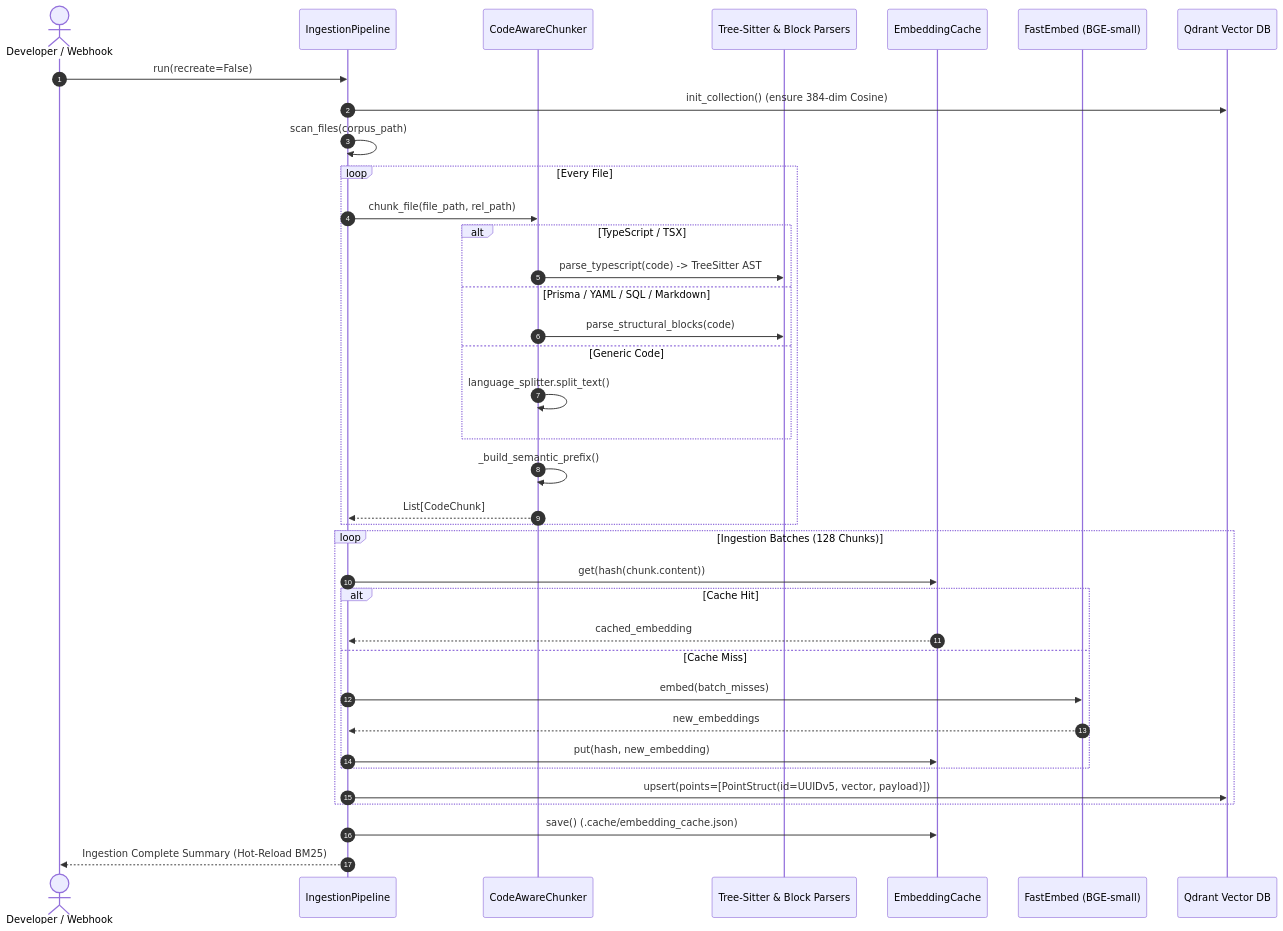
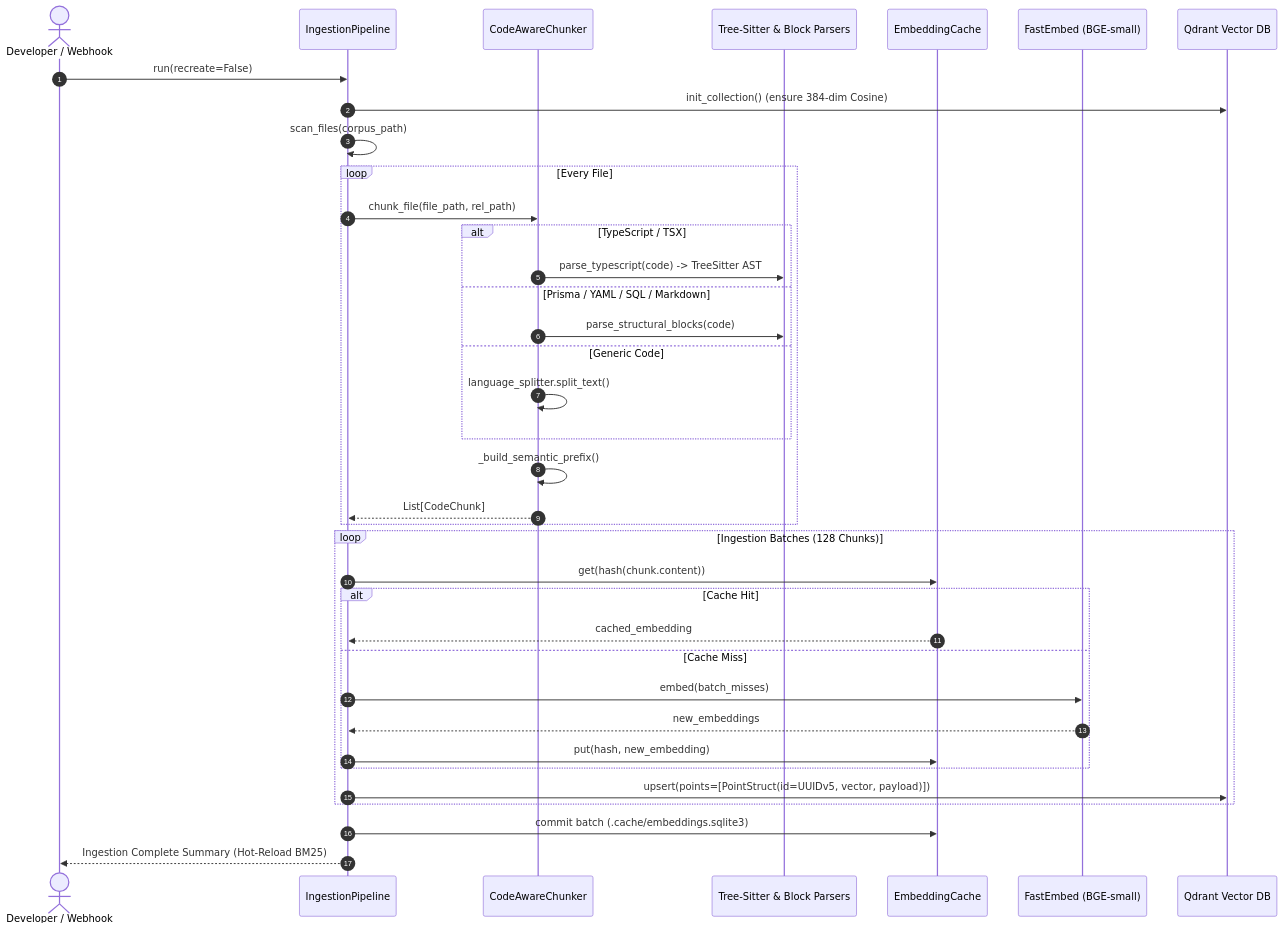
The fourth of 6 diagrams in docs/developer-guide/02-architecture-design-and-patterns.md (krotrn/campus-connect-ai), drawn with Mermaid before and after one commit. The commit also changed other lines of this file and 5 other files, not shown here.

````diff
--- a/docs/developer-guide/02-architecture-design-and-patterns.md
+++ b/docs/developer-guide/02-architecture-design-and-patterns.md
@@ -384,40 +404,40 @@
 ```mermaid
 sequenceDiagram
     autonumber
     actor Dev as Developer / Webhook
     participant Pipe as IngestionPipeline
     participant Chunker as CodeAwareChunker
     participant AST as Tree-Sitter & Block Parsers
     participant Cache as EmbeddingCache
     participant Model as FastEmbed (BGE-small)
     participant Qdrant as Qdrant Vector DB
 
     Dev->>Pipe: run(recreate=False)
     Pipe->>Qdrant: init_collection() (ensure 384-dim Cosine)
     Pipe->>Pipe: scan_files(corpus_path)
     loop Every File
         Pipe->>Chunker: chunk_file(file_path, rel_path)
         alt TypeScript / TSX
             Chunker->>AST: parse_typescript(code) -> TreeSitter AST
         else Prisma / YAML / SQL / Markdown
             Chunker->>AST: parse_structural_blocks(code)
         else Generic Code
             Chunker->>Chunker: language_splitter.split_text()
         end
         Chunker->>Chunker: _build_semantic_prefix()
         Chunker-->>Pipe: List[CodeChunk]
     end
     loop Ingestion Batches (128 Chunks)
         Pipe->>Cache: get(hash(chunk.content))
         alt Cache Hit
             Cache-->>Pipe: cached_embedding
         else Cache Miss
             Pipe->>Model: embed(batch_misses)
             Model-->>Pipe: new_embeddings
             Pipe->>Cache: put(hash, new_embedding)
         end
         Pipe->>Qdrant: upsert(points=[PointStruct(id=UUIDv5, vector, payload)])
     end
-    Pipe->>Cache: save() (.cache/embedding_cache.json)
+    Pipe->>Cache: commit batch (.cache/embeddings.sqlite3)
     Pipe-->>Dev: Ingestion Complete Summary (Hot-Reload BM25)
 ```
````
